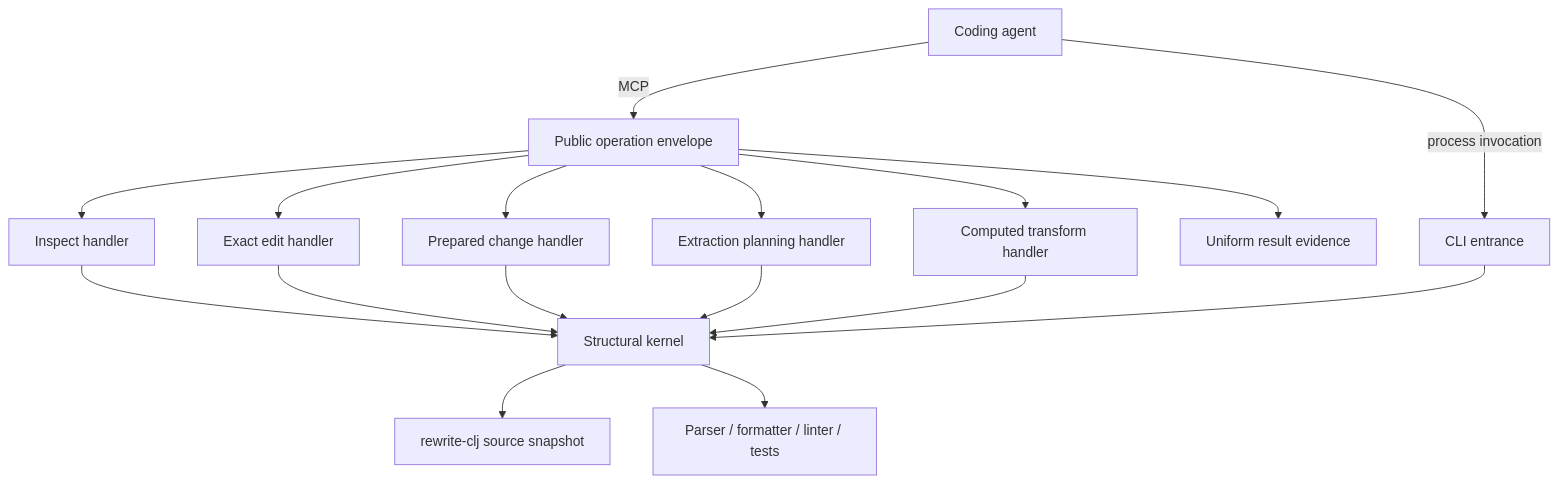
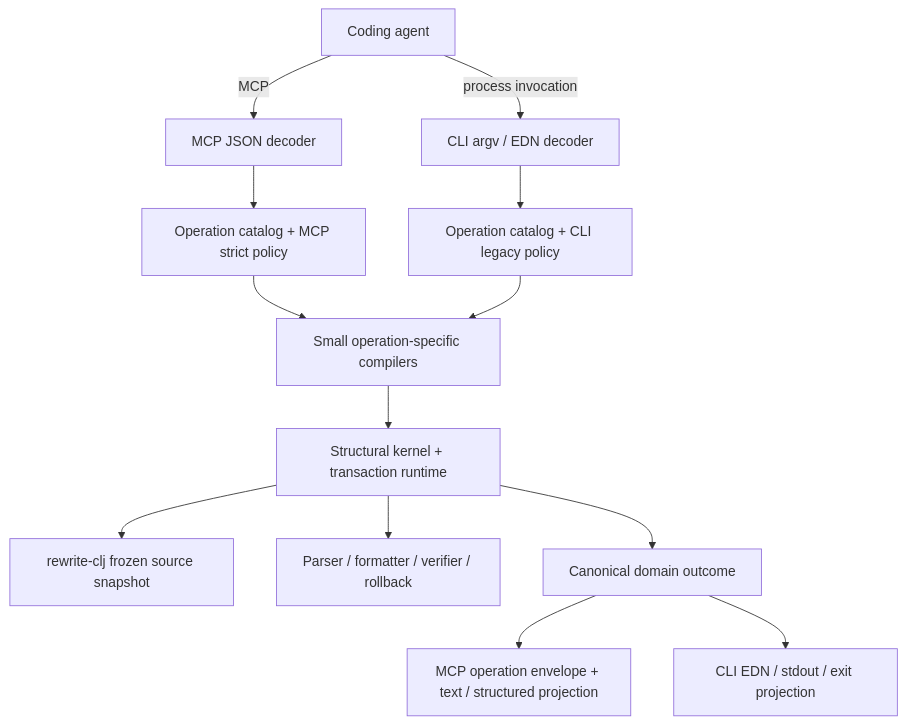
Before and after one commit to realgenekim/clj-surgeon: the diagram in docs/high-level-design.md, drawn with Mermaid. The commit also changed other lines of this file, not shown here.

Commit message:
Define shared CLI and MCP operation algebra

````diff
--- a/docs/high-level-design.md
+++ b/docs/high-level-design.md
@@ -86,19 +104,15 @@
 ```mermaid
 flowchart TD
-    A[Coding agent] -->|MCP| E[Public operation envelope]
-    A -->|process invocation| C[CLI entrance]
-    E --> I[Inspect handler]
-    E --> X[Exact edit handler]
-    E --> P[Prepared change handler]
-    E --> L[Extraction planning handler]
-    E --> T[Computed transform handler]
-    I --> K[Structural kernel]
-    X --> K
-    P --> K
-    L --> K
-    T --> K
-    C --> K
-    K --> S[rewrite-clj source snapshot]
-    K --> V[Parser / formatter / linter / tests]
-    E --> R[Uniform result evidence]
+    A[Coding agent] -->|MCP| M[MCP JSON decoder]
+    A -->|process invocation| C[CLI argv / EDN decoder]
+    M --> O[Operation catalog + MCP strict policy]
+    C --> L[Operation catalog + CLI legacy policy]
+    O --> F[Small operation-specific compilers]
+    L --> F
+    F --> K[Structural kernel + transaction runtime]
+    K --> S[rewrite-clj frozen source snapshot]
+    K --> V[Parser / formatter / verifier / rollback]
+    K --> D[Canonical domain outcome]
+    D --> E[MCP operation envelope + text / structured projection]
+    D --> P[CLI EDN / stdout / exit projection]
 ```
````
